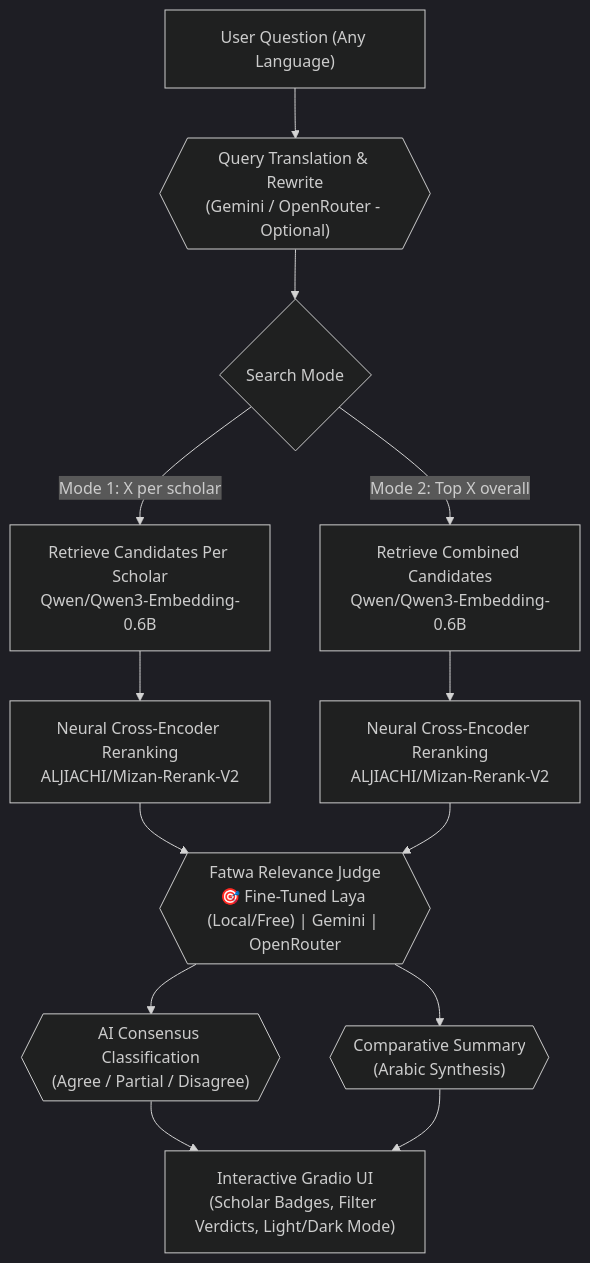
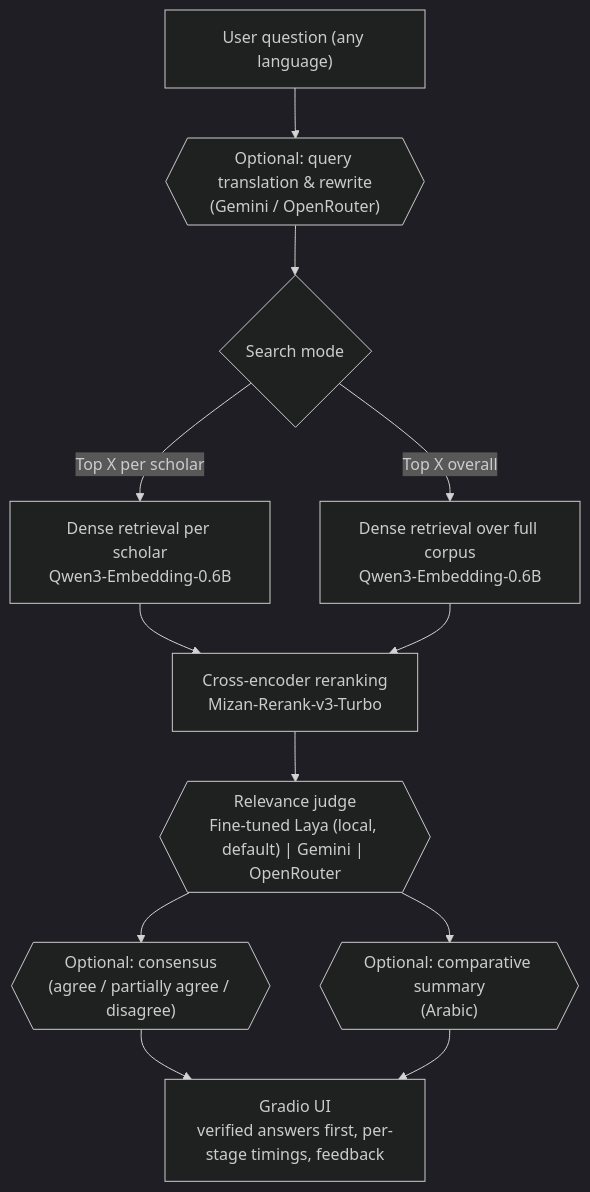
The diagram in README.md (AbderrahimZineddineEsi/daleel), drawn with Mermaid (dark theme) before and after one commit. The commit also changed other lines of this file and 6 other files, not shown here.

First line of the commit message:
Polish for publishing: Mizan v3-Turbo, 4-scholar index, README rewrite

````diff
--- a/README.md
+++ b/README.md
@@ -77,15 +34,14 @@
 ```mermaid
 flowchart TD
-    Q["User Question (Any Language)"] --> RW{{"Query Translation & Rewrite<br/>(Gemini / OpenRouter - Optional)"}}
-    RW --> M{"Search Mode"}
-    M -->|"Mode 1: X per scholar"| S1["Retrieve Candidates Per Scholar<br/>Qwen/Qwen3-Embedding-0.6B"]
-    M -->|"Mode 2: Top X overall"| S2["Retrieve Combined Candidates<br/>Qwen/Qwen3-Embedding-0.6B"]
-    S1 --> R1["Neural Cross-Encoder Reranking<br/>ALJIACHI/Mizan-Rerank-V2"]
-    S2 --> R2["Neural Cross-Encoder Reranking<br/>ALJIACHI/Mizan-Rerank-V2"]
-    R1 --> J{{"Fatwa Relevance Judge<br/>🎯 Fine-Tuned Laya (Local/Free) | Gemini | OpenRouter"}}
-    R2 --> J
-    J --> CS{{"AI Consensus Classification<br/>(Agree / Partial / Disagree)"}}
-    J --> SM{{"Comparative Summary<br/>(Arabic Synthesis)"}}
-    CS --> O["Interactive Gradio UI<br/>(Scholar Badges, Filter Verdicts, Light/Dark Mode)"]
+    Q["User question (any language)"] --> RW{{"Optional: query translation & rewrite<br/>(Gemini / OpenRouter)"}}
+    RW --> M{"Search mode"}
+    M -->|"Top X per scholar"| S1["Dense retrieval per scholar<br/>Qwen3-Embedding-0.6B"]
+    M -->|"Top X overall"| S2["Dense retrieval over full corpus<br/>Qwen3-Embedding-0.6B"]
+    S1 --> R["Cross-encoder reranking<br/>Mizan-Rerank-v3-Turbo"]
+    S2 --> R
+    R --> J{{"Relevance judge<br/>Fine-tuned Laya (local, default) | Gemini | OpenRouter"}}
+    J --> CS{{"Optional: consensus<br/>(agree / partially agree / disagree)"}}
+    J --> SM{{"Optional: comparative summary<br/>(Arabic)"}}
+    CS --> O["Gradio UI<br/>verified answers first, per-stage timings, feedback"]
     SM --> O
 ```
````
